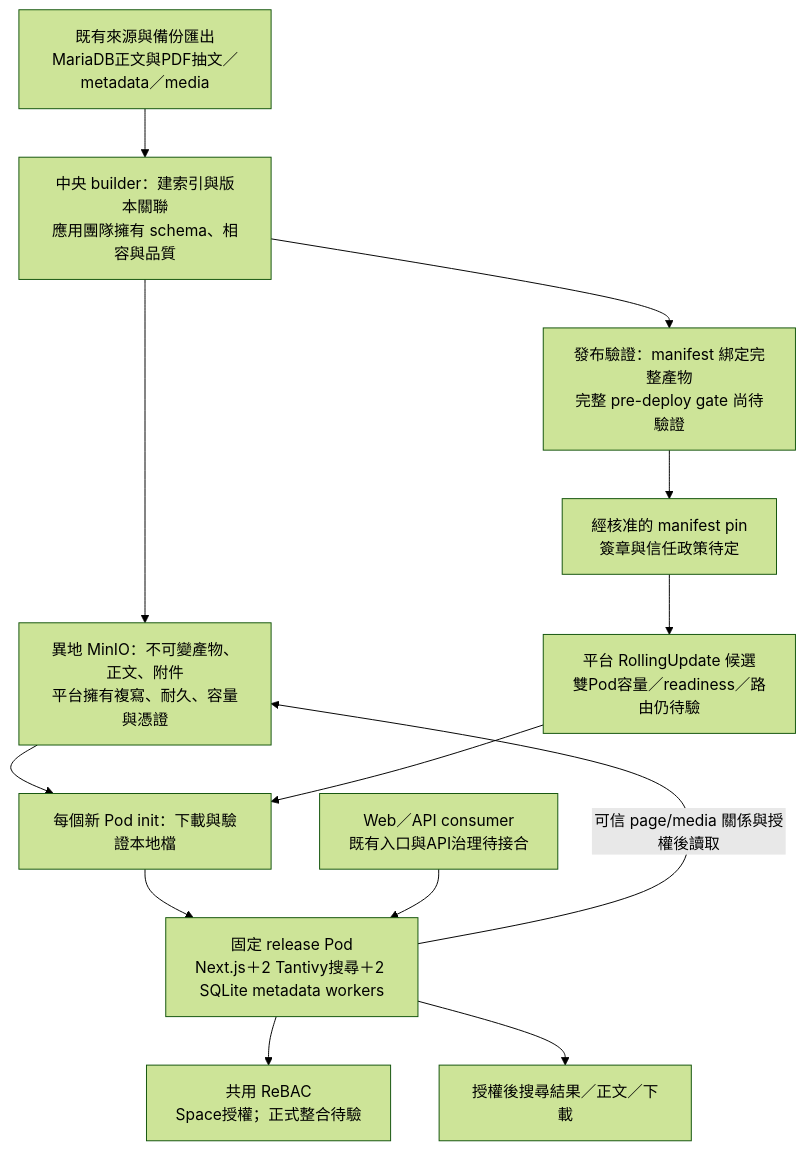
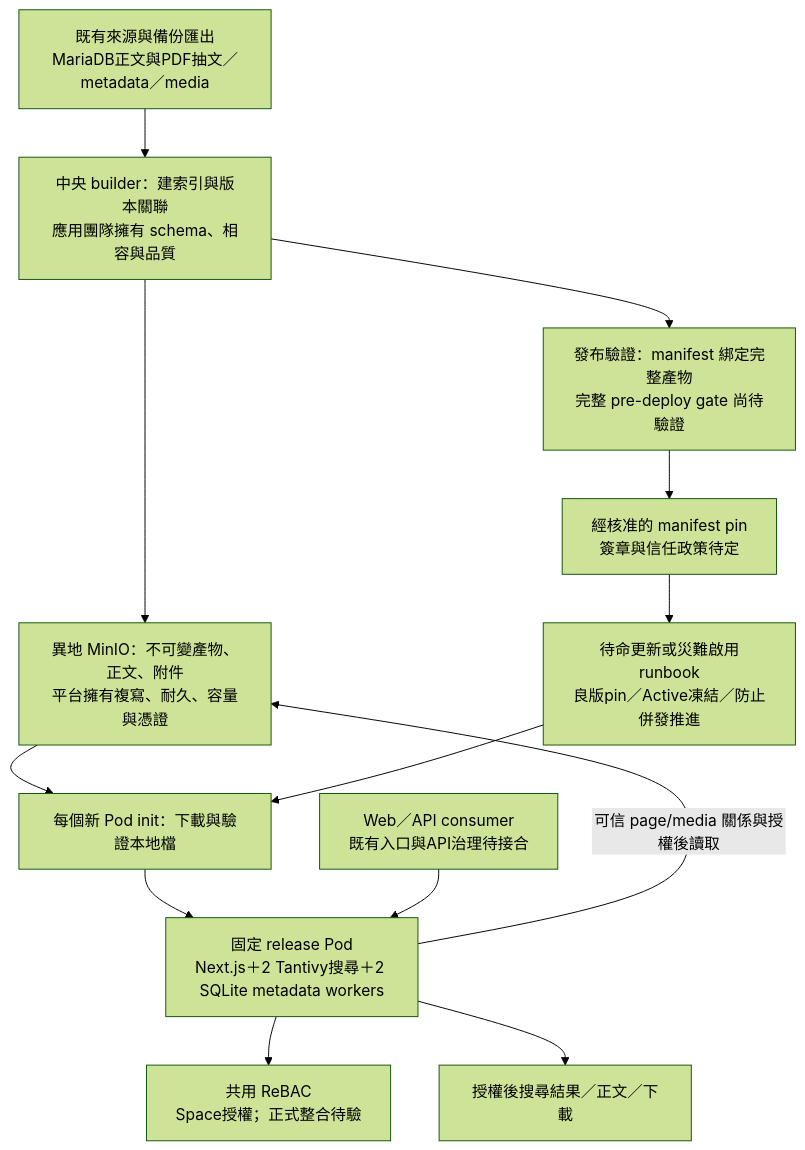
The diagram in discussion/DR_ARCHITECTURE_DECISION.md (Joe-Luo-1994/dr-search-lab), drawn with Mermaid (forest theme) before and after one commit. The commit also changed other lines of this file and 3 other files, not shown here.

````diff
--- a/discussion/DR_ARCHITECTURE_DECISION.md
+++ b/discussion/DR_ARCHITECTURE_DECISION.md
@@ -23,15 +44,15 @@
 ```mermaid
 flowchart TD
   S[既有來源與備份匯出<br/>MariaDB正文與PDF抽文／metadata／media] --> B[中央 builder：建索引與版本關聯<br/>應用團隊擁有 schema、相容與品質]
   B --> M[異地 MinIO：不可變產物、正文、附件<br/>平台擁有複寫、耐久、容量與憑證]
   B --> G[發布驗證：manifest 綁定完整產物<br/>完整 pre-deploy gate 尚待驗證]
   G --> P[經核准的 manifest pin<br/>簽章與信任政策待定]
-  P --> K[平台 RollingUpdate 候選<br/>雙Pod容量／readiness／路由仍待驗]
+  P --> K[待命更新或災難啟用runbook<br/>良版pin／Active凍結／防止併發推進]
   M --> I[每個新 Pod init：下載與驗證本地檔]
   K --> I
   I --> N[固定 release Pod<br/>Next.js＋2 Tantivy搜尋＋2 SQLite metadata workers]
   U[Web／API consumer<br/>既有入口與API治理待接合] --> N
   N --> R[共用 ReBAC<br/>Space授權；正式整合待驗]
   N -->|可信 page/media 關係與授權後讀取| M
   N --> O[授權後搜尋結果／正文／下載]
 ```
````
